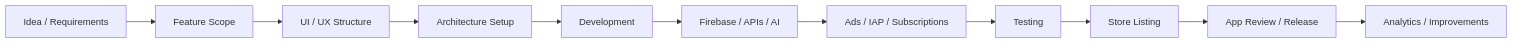
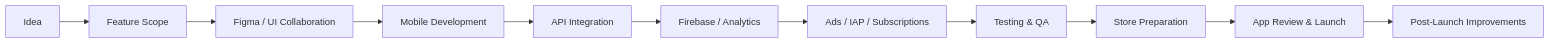
One commit to iamahsanshaaf/iamahsanshaaf changed the second of 2 diagrams in README.md. Above: the diagram before and after it, drawn with Mermaid. The commit also changed other lines of this file, not shown here.

````diff
--- a/README.md
+++ b/README.md
@@ -316,13 +268,13 @@
 ```mermaid
 flowchart LR
-    A[Idea / Requirements] --> B[Feature Scope]
-    B --> C[UI / UX Structure]
-    C --> D[Architecture Setup]
-    D --> E[Development]
-    E --> F[Firebase / APIs / AI]
+    A[Idea] --> B[Feature Scope]
+    B --> C[Figma / UI Collaboration]
+    C --> D[Mobile Development]
+    D --> E[API Integration]
+    E --> F[Firebase / Analytics]
     F --> G[Ads / IAP / Subscriptions]
-    G --> H[Testing]
-    H --> I[Store Listing]
-    I --> J[App Review / Release]
-    J --> K[Analytics / Improvements]
+    G --> H[Testing & QA]
+    H --> I[Store Preparation]
+    I --> J[App Review & Launch]
+    J --> K[Post-Launch Improvements]
 ```
````
